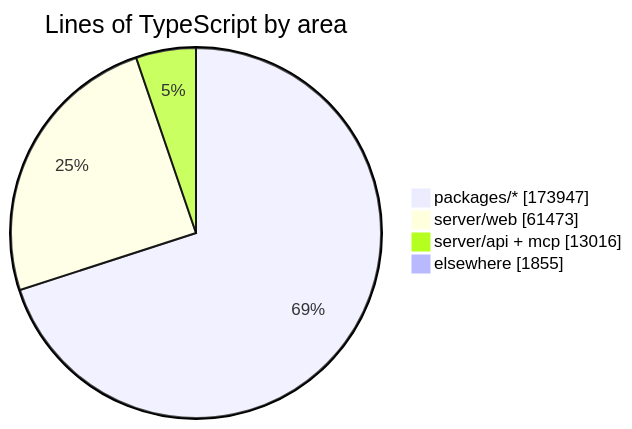
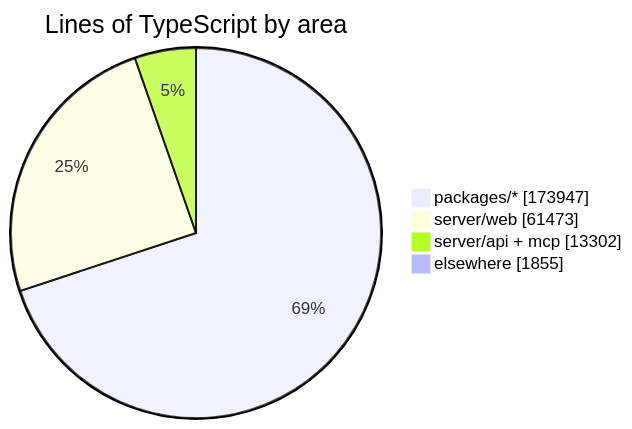
One commit to crossworks-engineering/mantle changed the diagram in README.md. Above: the diagram before and after it, drawn with Mermaid. The commit also changed other lines of this file and 2 other files, not shown here.

````diff
--- a/README.md
+++ b/README.md
@@ -279,7 +279,7 @@
 ```mermaid
 pie showData title Lines of TypeScript by area
     "packages/*" : 173947
     "server/web" : 61473
-    "server/api + mcp" : 13016
+    "server/api + mcp" : 13302
     "elsewhere" : 1855
 ```
````
